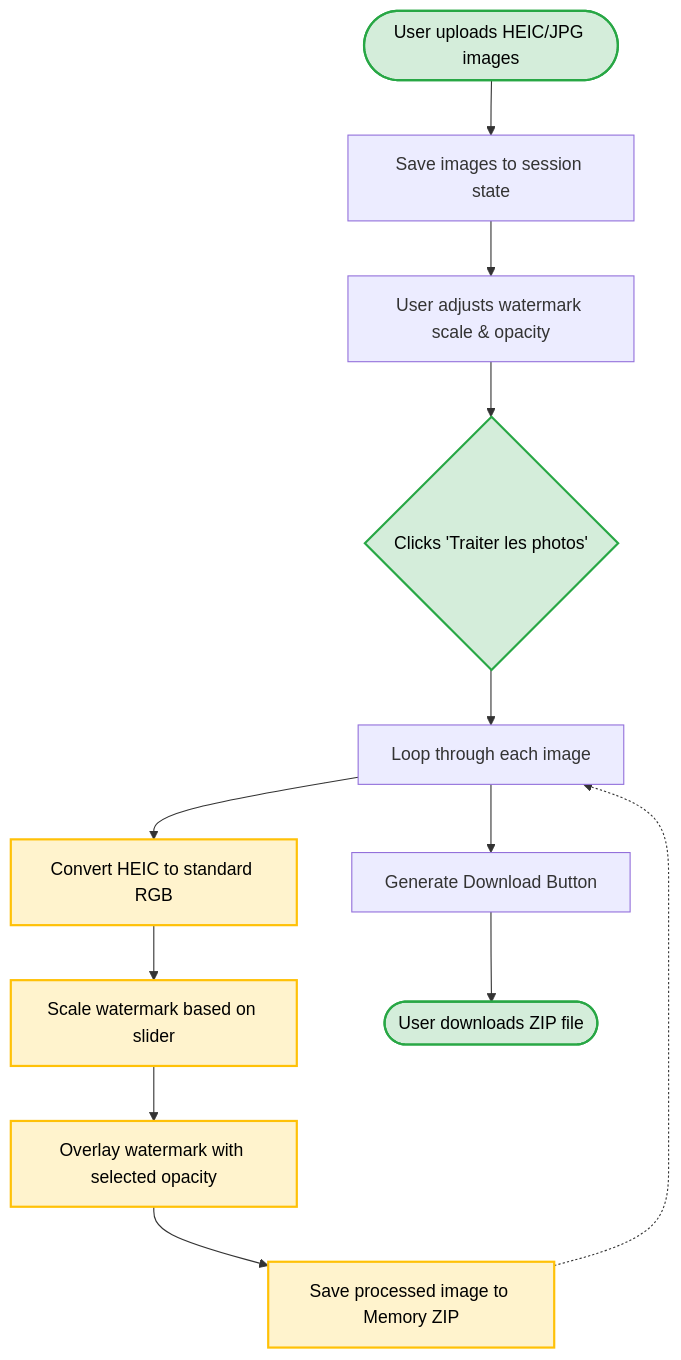
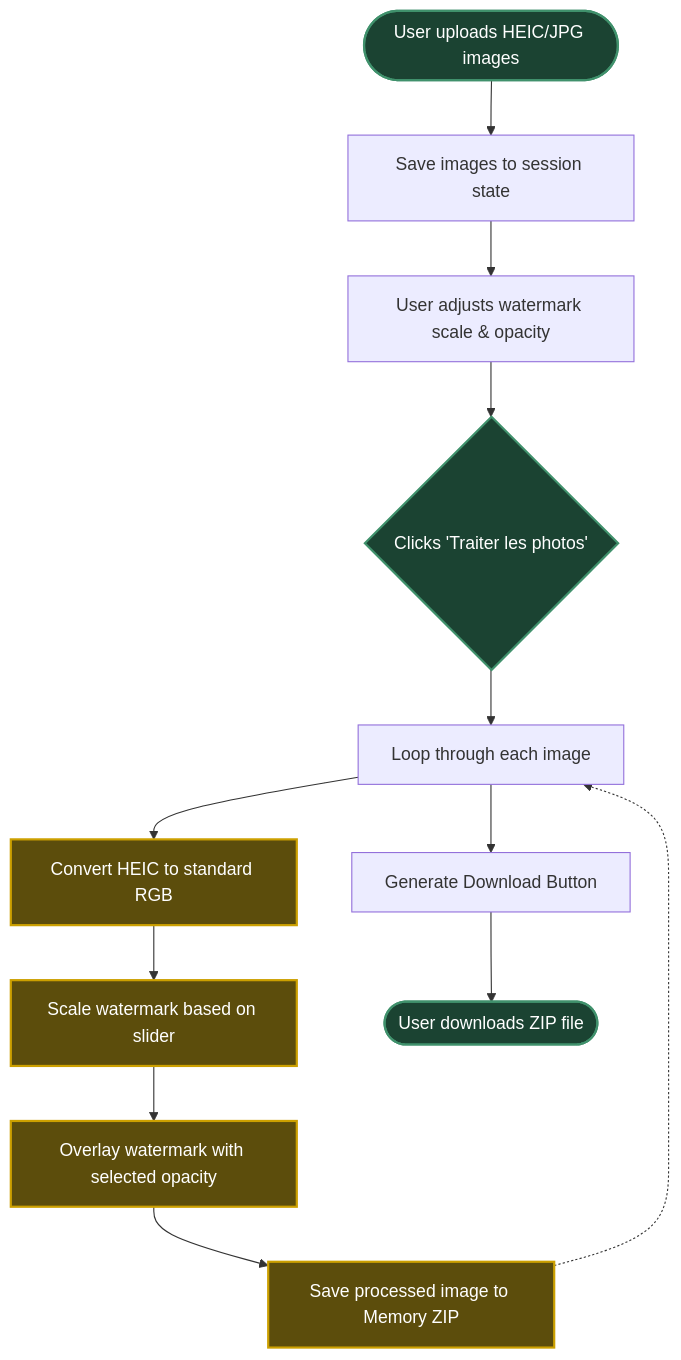
The first of 3 diagrams in README.md (Spountil/watermark-streamlit), drawn with Mermaid before and after one commit. The commit also changed other lines of this file, not shown here.

Commit message:
Change README.md colors

````diff
--- a/README.md
+++ b/README.md
@@ -15,22 +15,22 @@
 ```mermaid
 flowchart TD
     Start([User uploads HEIC/JPG images]) --> Session[Save images to session state]
     Session --> Adjust[User adjusts watermark scale & opacity]
     Adjust --> Button{Clicks 'Traiter les photos'}
     Button --> Loop[Loop through each image]
     
     Loop --> Convert[Convert HEIC to standard RGB]
     Convert --> Scale[Scale watermark based on slider]
     Scale --> Merge[Overlay watermark with selected opacity]
     Merge --> Zip[Save processed image to Memory ZIP]
     Zip -.-> Loop
     
     Loop --> Done[Generate Download Button]
     Done --> Download([User downloads ZIP file])
     
-    classDef action fill:#d4edda,stroke:#28a745,stroke-width:2px,color:#000;
-    classDef process fill:#fff3cd,stroke:#ffc107,stroke-width:2px,color:#000;
+    classDef action fill:#1b4332,stroke:#40916c,stroke-width:2px,color:#fff;
+    classDef process fill:#5c4d0c,stroke:#cca000,stroke-width:2px,color:#fff;
     
     class Start,Button,Download action;
     class Convert,Scale,Merge,Zip process;
 ```
````
